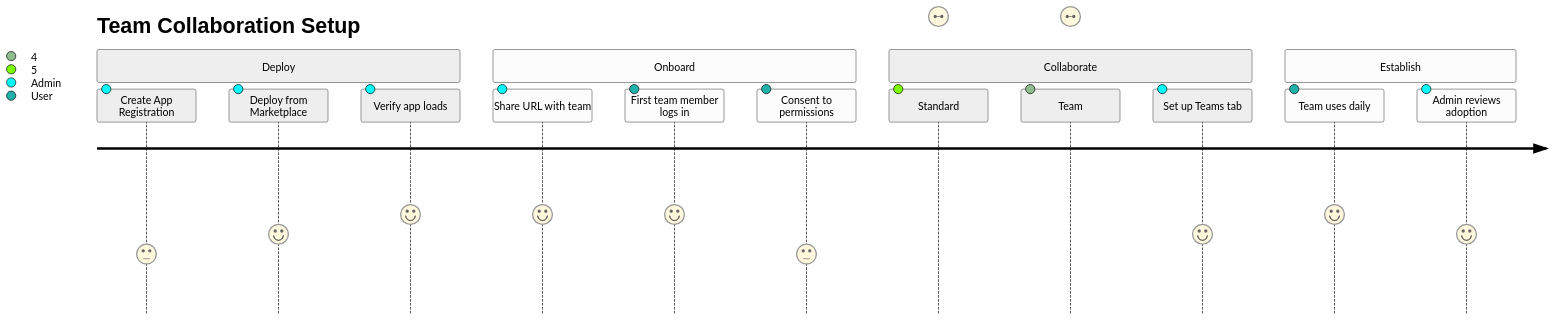
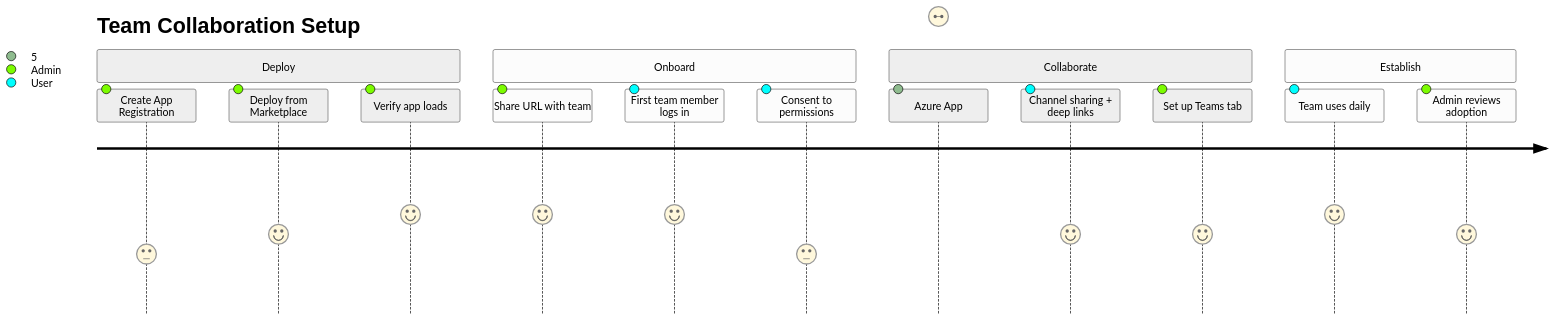
Before and after one commit to jukka-matti/variscout: the second of 2 diagrams in docs/02-journeys/flows/azure-team-collaboration.md, drawn with Mermaid (neutral theme). The commit also changed other lines of this file and 55 other files, not shown here.

````diff
--- a/docs/02-journeys/flows/azure-team-collaboration.md
+++ b/docs/02-journeys/flows/azure-team-collaboration.md
@@ -62,19 +62,19 @@
 ```mermaid
 journey
     title Team Collaboration Setup
     section Deploy
       Create App Registration: 3: Admin
       Deploy from Marketplace: 4: Admin
       Verify app loads: 5: Admin
     section Onboard
       Share URL with team: 5: Admin
       First team member logs in: 5: User
       Consent to permissions: 3: User
     section Collaborate
-      Standard: local file storage: 5: User
-      Team: cloud sync + channel sharing: 4: User
+      Azure App: Blob Storage + cloud sync: 5: User
+      Channel sharing + deep links: 4: User
       Set up Teams tab: 4: Admin
     section Establish
       Team uses daily: 5: User
       Admin reviews adoption: 4: Admin
 ```
````
